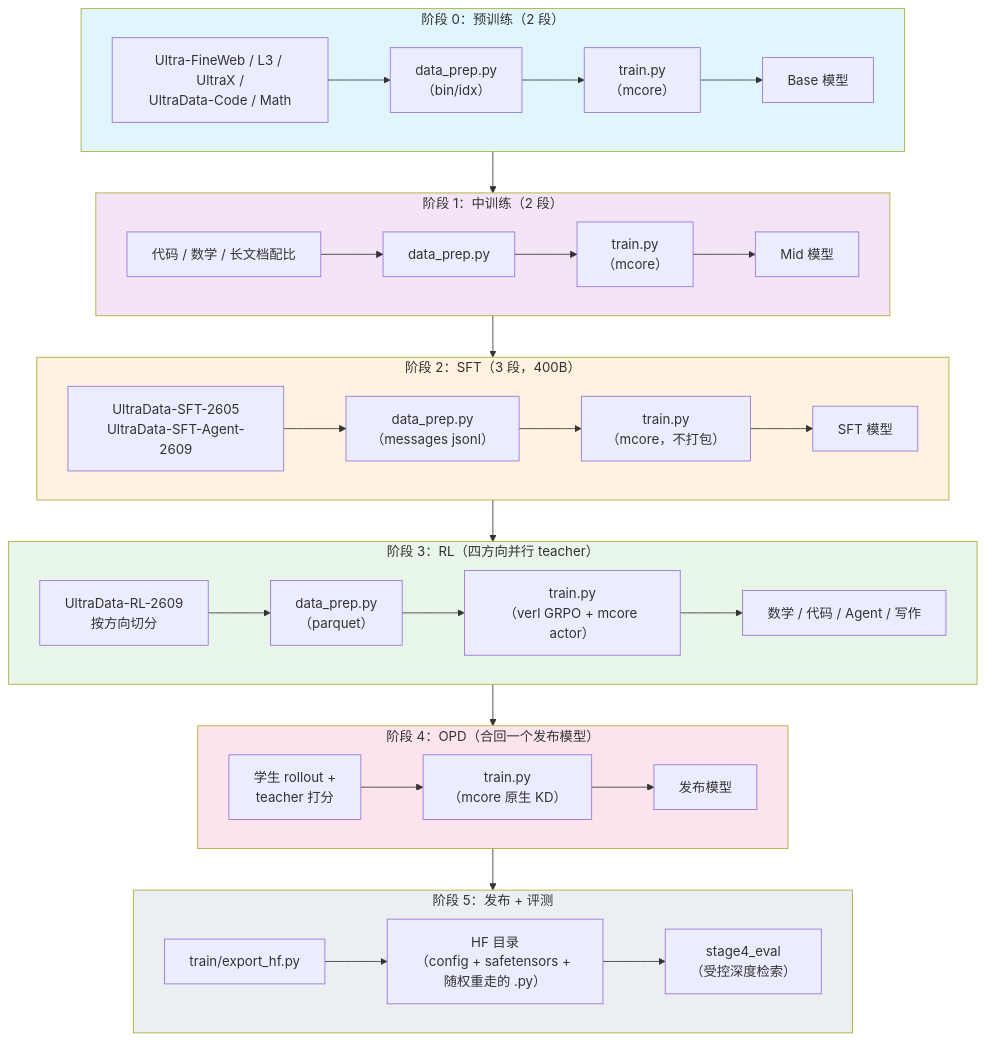
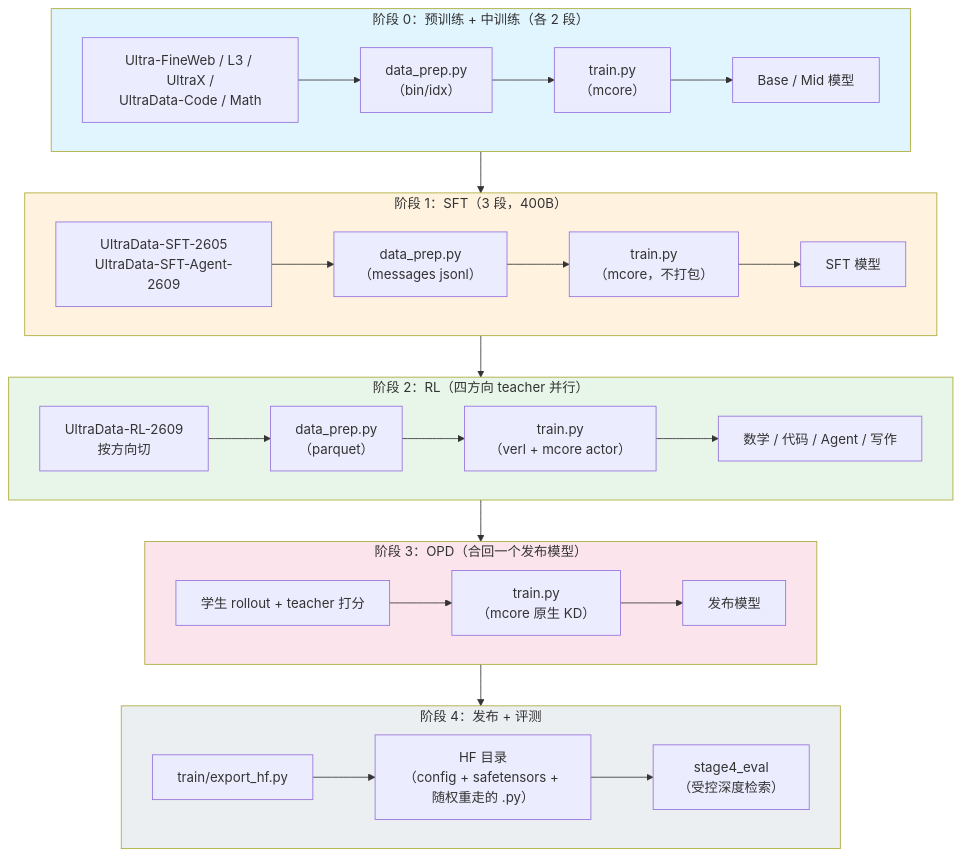
Before and after one commit to zongzhilou/shensi: the first of 2 diagrams in src/shensi/recipes/paper/gated_delta_attn_res/README.md, drawn with Mermaid. The commit also changed other lines of this file and 134 other files, not shown here.

````diff
--- a/src/shensi/recipes/paper/gated_delta_attn_res/README.md
+++ b/src/shensi/recipes/paper/gated_delta_attn_res/README.md
@@ -45,45 +45,38 @@
 ```mermaid
 flowchart TB
-    subgraph stage0["阶段 0：预训练（2 段）"]
+    subgraph stage0["阶段 0：预训练 + 中训练（各 2 段）"]
         direction LR
-        raw["Ultra-FineWeb / L3 / UltraX /<br/>UltraData-Code / Math"] --> dp0["data_prep.py<br/>（bin/idx）"] --> train0["train.py<br/>（mcore）"] --> base["Base 模型"]
+        raw["Ultra-FineWeb / L3 / UltraX /<br/>UltraData-Code / Math"] --> dp0["data_prep.py<br/>（bin/idx）"] --> train0["train.py<br/>（mcore）"] --> base["Base / Mid 模型"]
     end
 
-    subgraph stage1["阶段 1：中训练（2 段）"]
+    subgraph stage1["阶段 1：SFT（3 段，400B）"]
         direction LR
-        mid["代码 / 数学 / 长文档配比"] --> dp1["data_prep.py"] --> train1["train.py<br/>（mcore）"] --> midm["Mid 模型"]
+        sft["UltraData-SFT-2605<br/>UltraData-SFT-Agent-2609"] --> dp1["data_prep.py<br/>（messages jsonl）"] --> train1["train.py<br/>（mcore，不打包）"] --> sftm["SFT 模型"]
     end
 
-    subgraph stage2["阶段 2：SFT（3 段，400B）"]
+    subgraph stage2["阶段 2：RL（四方向 teacher 并行）"]
         direction LR
-        sft["UltraData-SFT-2605<br/>UltraData-SFT-Agent-2609"] --> dp2["data_prep.py<br/>（messages jsonl）"] --> train2["train.py<br/>（mcore，不打包）"] --> sftm["SFT 模型"]
+        rl["UltraData-RL-2609<br/>按方向切"] --> dp2["data_prep.py<br/>（parquet）"] --> train2["train.py<br/>（verl + mcore actor）"] --> teachers["数学 / 代码 / Agent / 写作"]
     end
 
-    subgraph stage3["阶段 3：RL（四方向并行 teacher）"]
+    subgraph stage3["阶段 3：OPD（合回一个发布模型）"]
         direction LR
-        rl["UltraData-RL-2609<br/>按方向切分"] --> dp3["data_prep.py<br/>（parquet）"] --> train3["train.py<br/>（verl GRPO + mcore actor）"] --> teachers["数学 / 代码 / Agent / 写作"]
+        opd["学生 rollout + teacher 打分"] --> train3["train.py<br/>（mcore 原生 KD）"] --> release["发布模型"]
     end
 
-    subgraph stage4["阶段 4：OPD（合回一个发布模型）"]
-        direction LR
-        opd["学生 rollout +<br/>teacher 打分"] --> train4["train.py<br/>（mcore 原生 KD）"] --> release["发布模型"]
-    end
-
-    subgraph stage5["阶段 5：发布 + 评测"]
+    subgraph stage4["阶段 4：发布 + 评测"]
         direction LR
         pub["train/export_hf.py"] --> hf["HF 目录<br/>（config + safetensors + 随权重走的 .py）"] --> ev["stage4_eval<br/>（受控深度检索）"]
     end
 
-    base --> train1
-    midm --> train2
-    sftm --> train3
-    teachers --> train4
+    base --> dp1
+    sftm --> dp2
+    teachers --> opd
     release --> pub
 
     style stage0 fill:#e1f5fe
-    style stage1 fill:#f3e5f5
-    style stage2 fill:#fff3e0
-    style stage3 fill:#e8f5e9
-    style stage4 fill:#fce4ec
-    style stage5 fill:#eceff1
+    style stage1 fill:#fff3e0
+    style stage2 fill:#e8f5e9
+    style stage3 fill:#fce4ec
+    style stage4 fill:#eceff1
 ```
````
